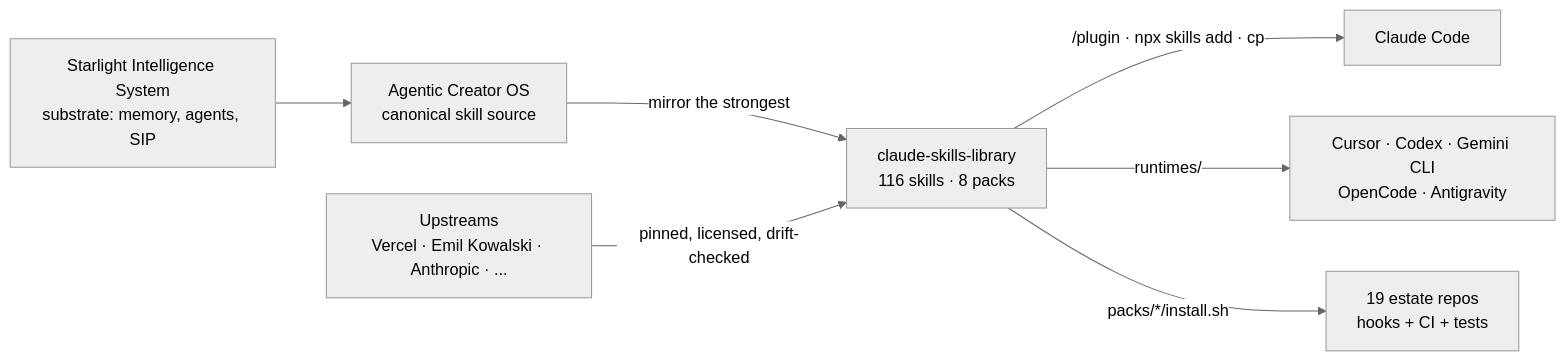
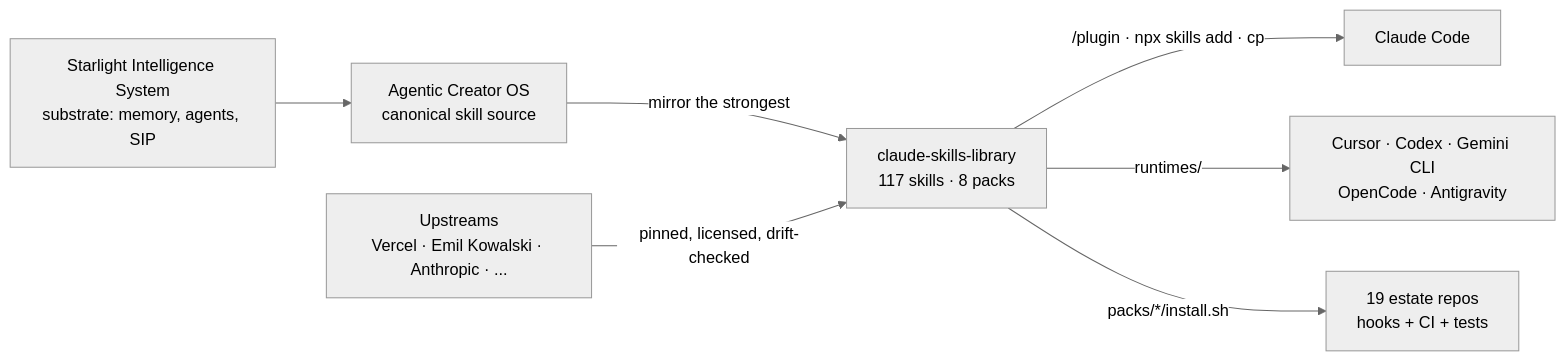
One commit to frankxai/claude-skills-library changed the diagram in README.md. Above: the diagram before and after it, drawn with Mermaid (neutral theme). The commit also changed other lines of this file and 11 other files, not shown here.

First line of the commit message:
feat(skills): land movement-architect with runnable evals and true eval counts (#136)

````diff
--- a/README.md
+++ b/README.md
@@ -202,9 +204,9 @@
 ```mermaid
 flowchart LR
     SIS["Starlight Intelligence System<br/>substrate: memory, agents, SIP"] --> ACOS["Agentic Creator OS<br/>canonical skill source"]
-    ACOS -->|"mirror the strongest"| LIB["claude-skills-library<br/>116 skills · 8 packs"]
+    ACOS -->|"mirror the strongest"| LIB["claude-skills-library<br/>117 skills · 8 packs"]
     UP["Upstreams<br/>Vercel · Emil Kowalski · Anthropic · ..."] -->|"pinned, licensed, drift-checked"| LIB
     LIB -->|"/plugin · npx skills add · cp"| CC["Claude Code"]
     LIB -->|"runtimes/"| RT["Cursor · Codex · Gemini CLI<br/>OpenCode · Antigravity"]
     LIB -->|"packs/*/install.sh"| REPOS["19 estate repos<br/>hooks + CI + tests"]
 ```
````
